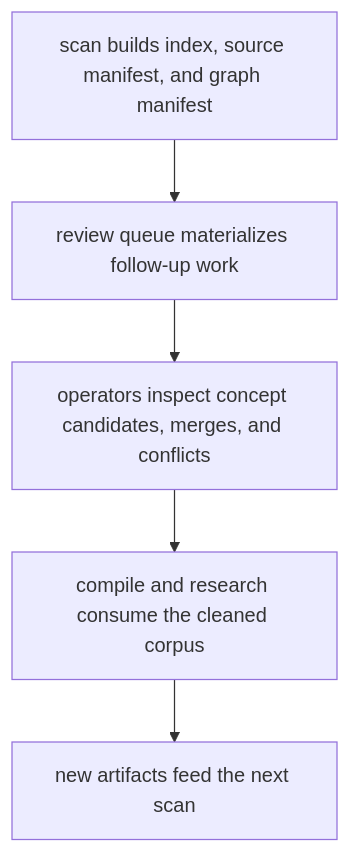
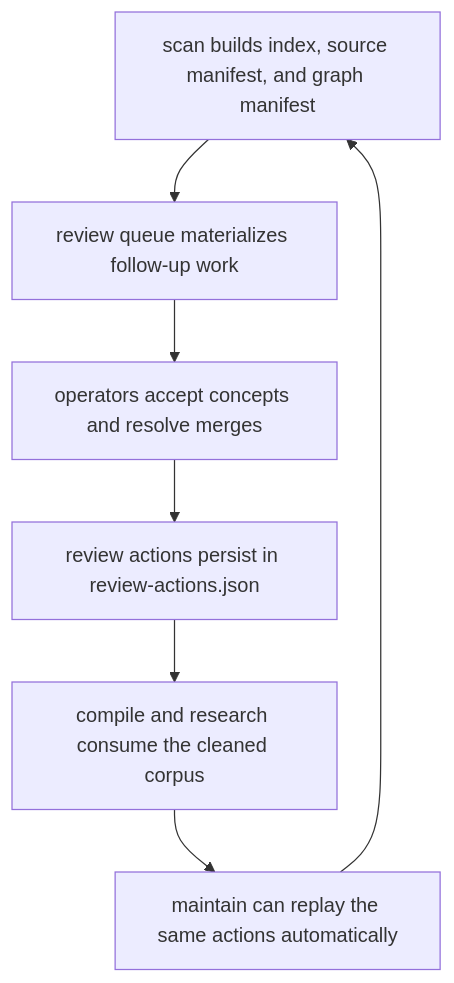
One commit to shrijacked/Cognisync changed the diagram in README.md. Above: the diagram before and after it, drawn with Mermaid. The commit also changed other lines of this file and 2 other files, not shown here.

Commit message:
docs: explain actionable review loops

````diff
--- a/README.md
+++ b/README.md
@@ -175,7 +182,9 @@
 ```mermaid
 flowchart TD
     A["scan builds index, source manifest, and graph manifest"] --> B["review queue materializes follow-up work"]
-    B --> C["operators inspect concept candidates, merges, and conflicts"]
-    C --> D["compile and research consume the cleaned corpus"]
-    D --> E["new artifacts feed the next scan"]
+    B --> C["operators accept concepts and resolve merges"]
+    C --> D["review actions persist in review-actions.json"]
+    D --> E["compile and research consume the cleaned corpus"]
+    E --> F["maintain can replay the same actions automatically"]
+    F --> A
 ```
````
